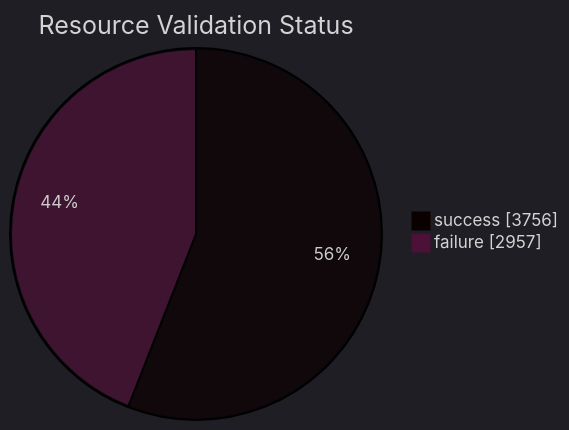
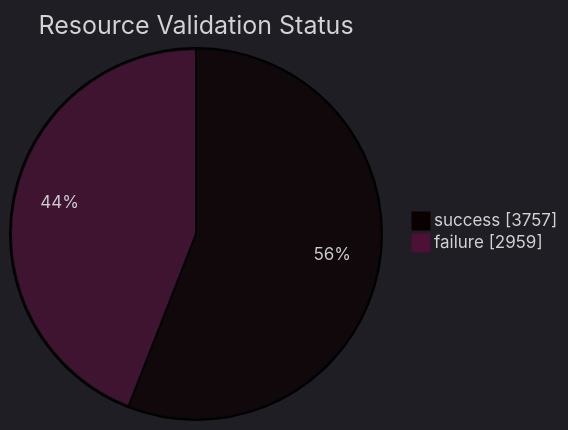
The diagram in datastore_tracker/resource_validation_status_pie_chart.md (open-data/analytics-corporate-reporting), drawn with Mermaid before and after one commit. The commit also changed 9 other files, not shown here.

````diff
--- a/datastore_tracker/resource_validation_status_pie_chart.md
+++ b/datastore_tracker/resource_validation_status_pie_chart.md
@@ -2,9 +2,9 @@
 ```mermaid
 ---
 config:
   theme: dark
 ---
 pie showData title Resource Validation Status
-    "success": 3756
-    "failure": 2957
+    "success": 3757
+    "failure": 2959
 ```
````
